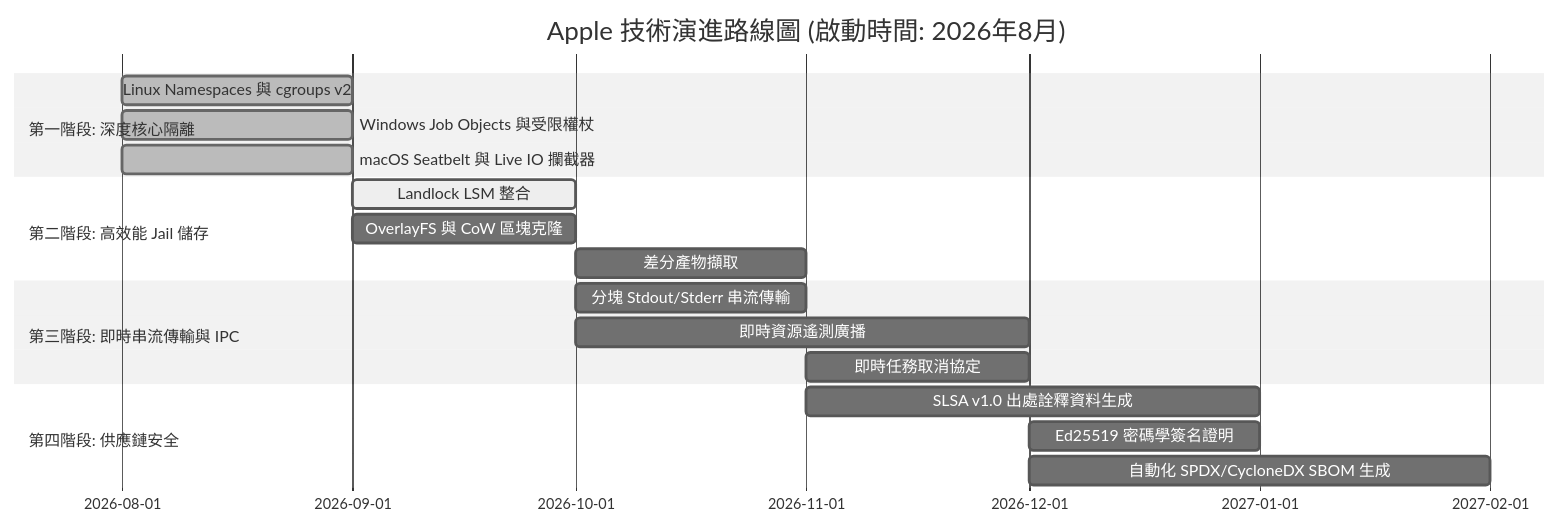
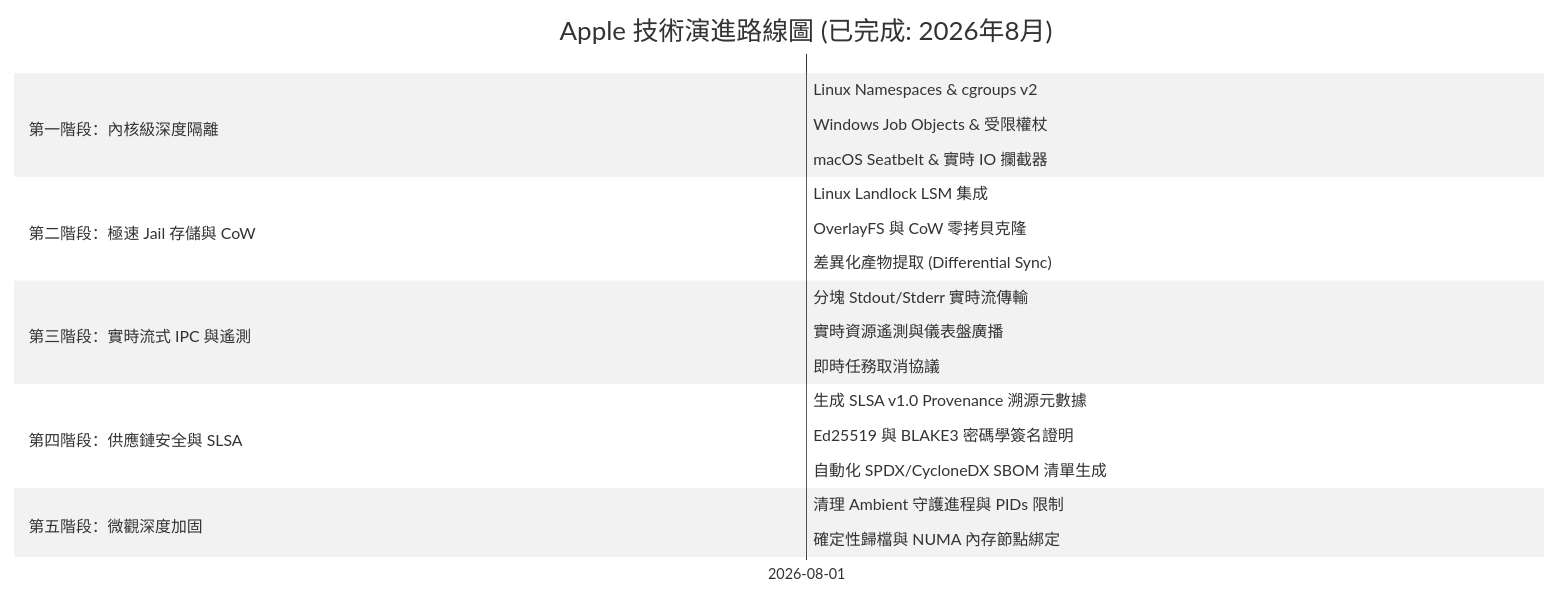
The diagram in docs/zh-hant/ROADMAP.md (requla11/apple), drawn with Mermaid (neutral theme) before and after one commit. The commit also changed other lines of this file and 4 other files, not shown here.

Commit message:
docs: mark all roadmap phases as 100% completed across all 5 languages

````diff
--- a/docs/zh-hant/ROADMAP.md
+++ b/docs/zh-hant/ROADMAP.md
@@ -18,21 +18,24 @@
 ```mermaid
 gantt
-    title Apple 技術演進路線圖 (啟動時間: 2026年8月)
+    title Apple 技術演進路線圖 (已完成: 2026年8月)
     dateFormat  YYYY-MM
-    section 第一階段: 深度核心隔離
-    Linux Namespaces 與 cgroups v2           :done,    des1, 2026-08, 2026-09
-    Windows Job Objects 與受限權杖           :done,    des2, 2026-08, 2026-09
-    macOS Seatbelt 與 Live IO 攔截器         :done,    des3, 2026-08, 2026-09
-    section 第二階段: 高效能 Jail 儲存
-    Landlock LSM 整合                        :active,  des4, 2026-09, 2026-10
-    OverlayFS 與 CoW 區塊克隆                :         des5, 2026-09, 2026-10
-    差分產物擷取                             :         des6, 2026-10, 2026-11
-    section 第三階段: 即時串流傳輸與 IPC
-    分塊 Stdout/Stderr 串流傳輸              :         des7, 2026-10, 2026-11
-    即時資源遙測廣播                         :         des8, 2026-10, 2026-12
-    即時任務取消協定                         :         des9, 2026-11, 2026-12
-    section 第四階段: 供應鏈安全
-    SLSA v1.0 出處詮釋資料生成               :         des10, 2026-11, 2027-01
-    Ed25519 密碼學簽名證明                   :         des11, 2026-12, 2027-01
-    自動化 SPDX/CycloneDX SBOM 生成          :         des12, 2026-12, 2027-02
+    section 第一階段：內核級深度隔離
+    Linux Namespaces & cgroups v2           :done,    des1, 2026-08, 2026-08
+    Windows Job Objects & 受限權杖          :done,    des2, 2026-08, 2026-08
+    macOS Seatbelt & 實時 IO 攔截器         :done,    des3, 2026-08, 2026-08
+    section 第二階段：極速 Jail 存儲與 CoW
+    Linux Landlock LSM 集成                 :done,    des4, 2026-08, 2026-08
+    OverlayFS 與 CoW 零拷貝克隆             :done,    des5, 2026-08, 2026-08
+    差異化產物提取 (Differential Sync)       :done,    des6, 2026-08, 2026-08
+    section 第三階段：實時流式 IPC 與遙測
+    分塊 Stdout/Stderr 實時流傳輸           :done,    des7, 2026-08, 2026-08
+    實時資源遙測與儀表盤廣播                :done,    des8, 2026-08, 2026-08
+    即時任務取消協議                        :done,    des9, 2026-08, 2026-08
+    section 第四階段：供應鏈安全與 SLSA
+    生成 SLSA v1.0 Provenance 溯源元數據    :done,    des10, 2026-08, 2026-08
+    Ed25519 與 BLAKE3 密碼學簽名證明        :done,    des11, 2026-08, 2026-08
+    自動化 SPDX/CycloneDX SBOM 清單生成     :done,    des12, 2026-08, 2026-08
+    section 第五階段：微觀深度加固
+    清理 Ambient 守護進程與 PIDs 限制       :done,    des13, 2026-08, 2026-08
+    確定性歸檔與 NUMA 內存節點綁定          :done,    des14, 2026-08, 2026-08
 ```
````
